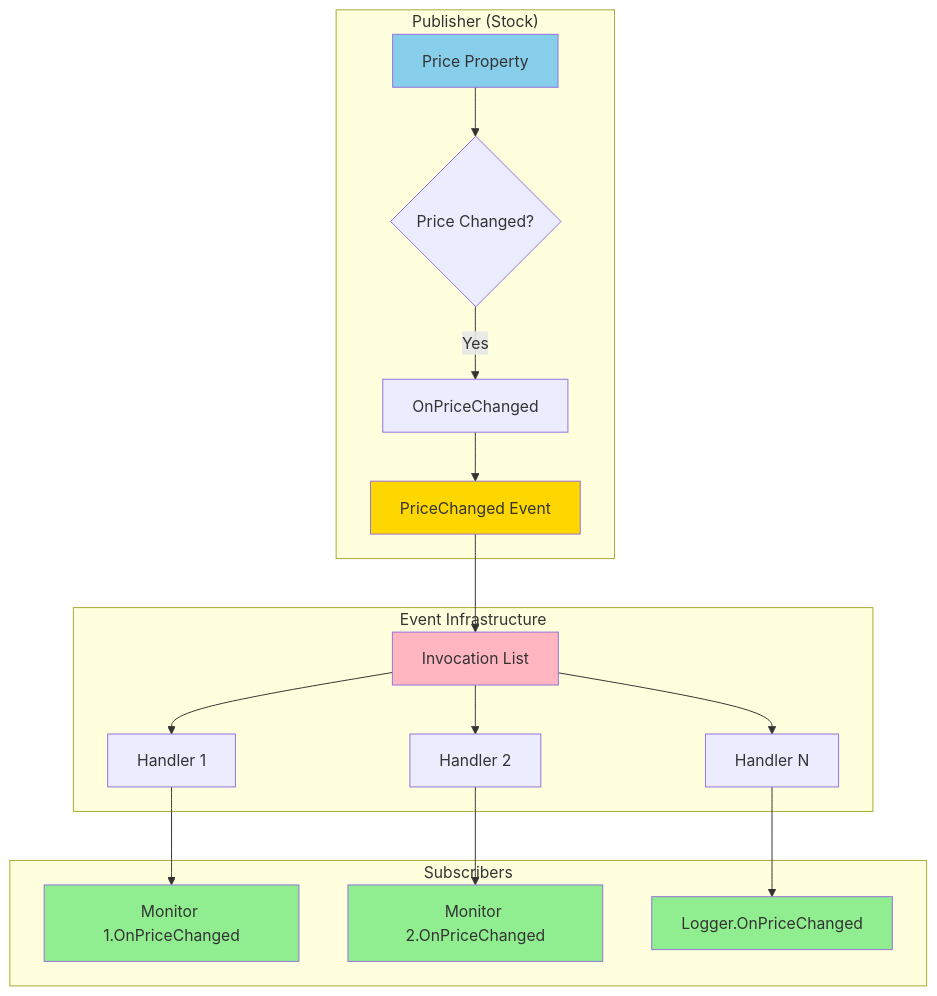
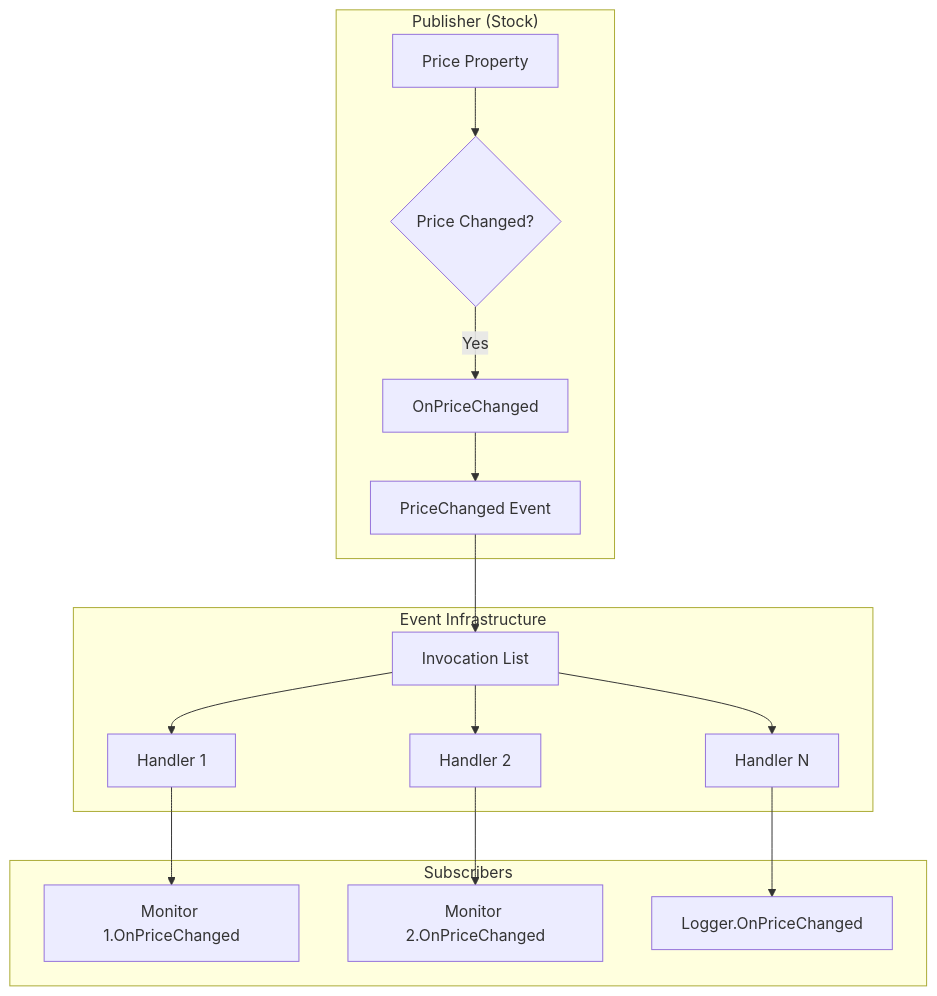
Before and after one commit to NguyenPhamCode4You/ai-home-lab-docker-compose: the eighth of 10 diagrams in C# fundamentals/day03-delegates-events.md, drawn with Mermaid. The commit also changed other lines of this file, not shown here.

````diff
--- a/C# fundamentals/day03-delegates-events.md
+++ b/C# fundamentals/day03-delegates-events.md
@@ -677,28 +650,21 @@
 ```mermaid
 graph TB
     subgraph "Publisher (Stock)"
         A[Price Property] --> B{Price Changed?}
         B -->|Yes| C[OnPriceChanged]
         C --> D[PriceChanged Event]
     end
 
     subgraph "Event Infrastructure"
         D --> E[Invocation List]
         E --> F[Handler 1]
         E --> G[Handler 2]
         E --> H[Handler N]
     end
 
     subgraph "Subscribers"
         F --> I[Monitor 1.OnPriceChanged]
         G --> J[Monitor 2.OnPriceChanged]
         H --> K[Logger.OnPriceChanged]
     end
-
-    style A fill:#87CEEB
-    style D fill:#FFD700
-    style E fill:#FFB6C1
-    style I fill:#90EE90
-    style J fill:#90EE90
-    style K fill:#90EE90
 ```
````
